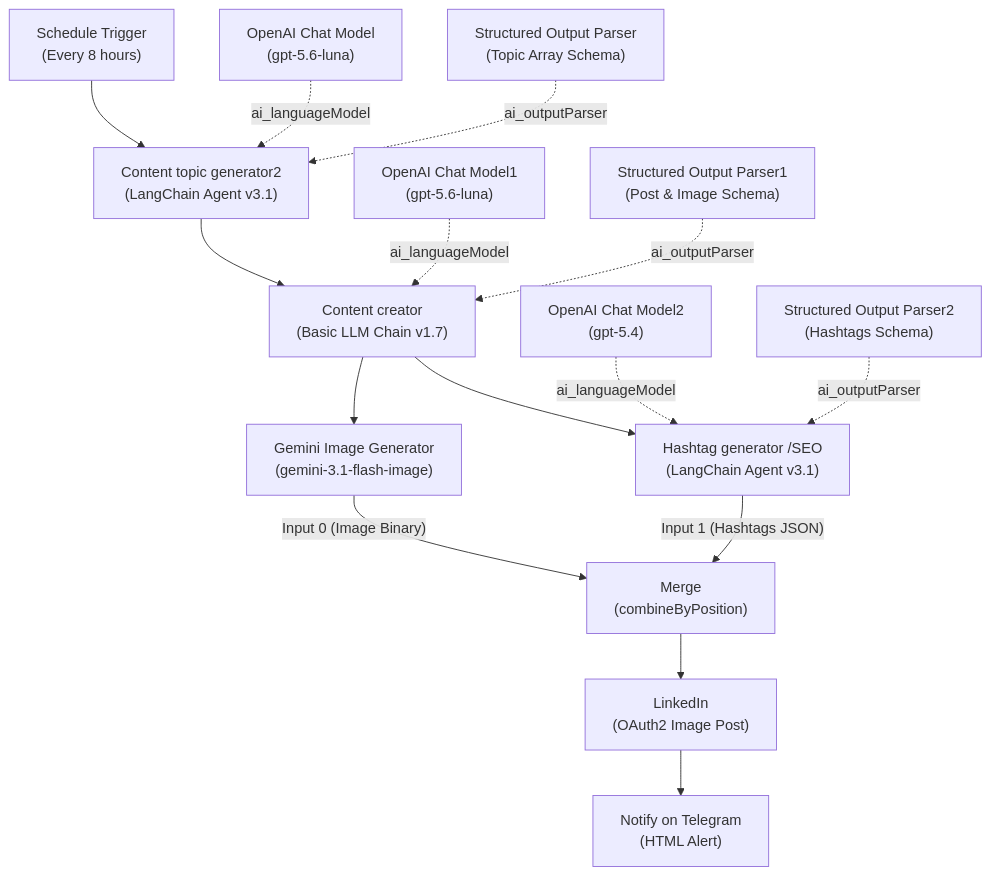
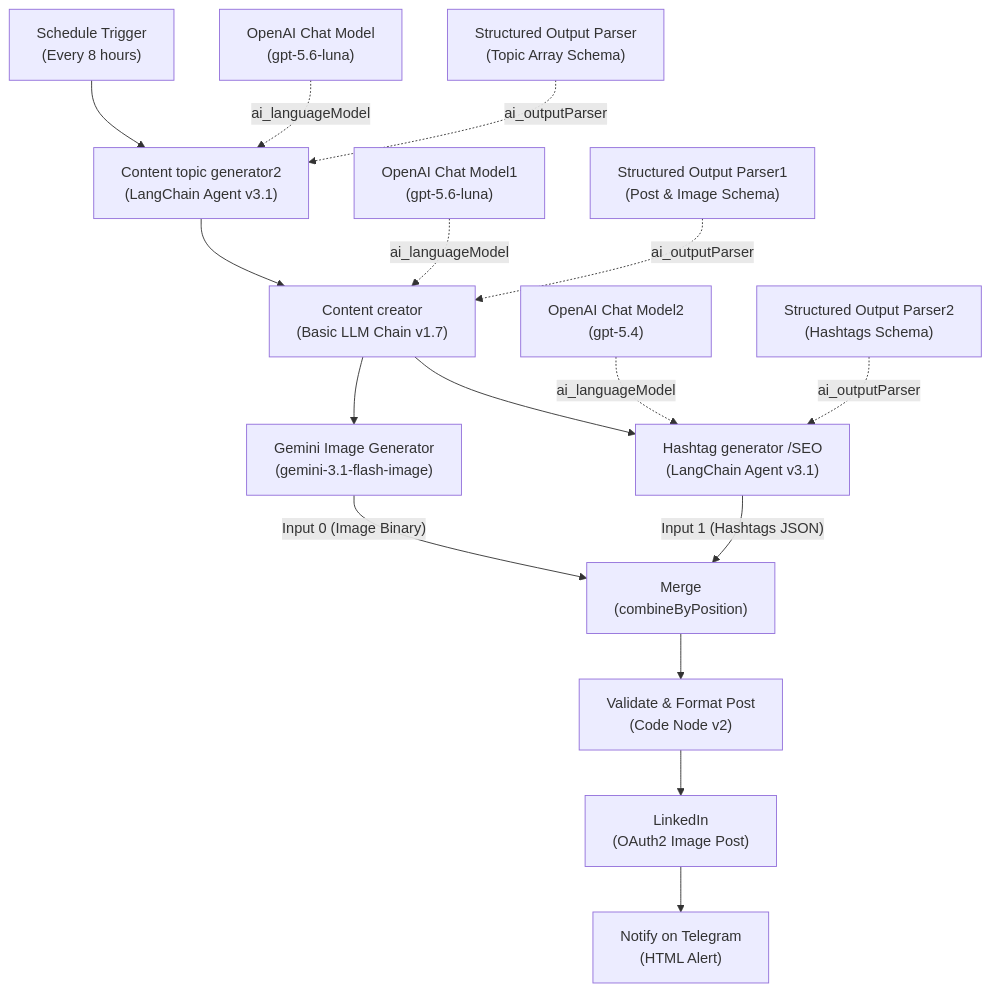
Before and after one commit to nijjukrr/AI-Powered-LinkedIn-Content-Automation: the diagram in README.md, drawn with Mermaid. The commit also changed other lines of this file and 4 other files, not shown here.

Commit message:
docs: update README, architecture, node docs, and interview guide

````diff
--- a/README.md
+++ b/README.md
@@ -120,26 +121,27 @@
 ```mermaid
 flowchart TB
     %% Main execution pipeline
     ST["Schedule Trigger<br/>(Every 8 hours)"] --> CTG["Content topic generator2<br/>(LangChain Agent v3.1)"]
     CTG --> CC["Content creator<br/>(Basic LLM Chain v1.7)"]
 
     %% Parallel branches after Content creator
     CC --> GIG["Gemini Image Generator<br/>(gemini-3.1-flash-image)"]
     CC --> HG["Hashtag generator /SEO<br/>(LangChain Agent v3.1)"]
 
-    %% Merge and Publish
+    %% Merge, Validate, and Publish
     GIG -->|"Input 0 (Image Binary)"| MRG["Merge<br/>(combineByPosition)"]
     HG -->|"Input 1 (Hashtags JSON)"| MRG
-    MRG --> LI["LinkedIn<br/>(OAuth2 Image Post)"]
+    MRG --> VAL["Validate &amp; Format Post<br/>(Code Node v2)"]
+    VAL --> LI["LinkedIn<br/>(OAuth2 Image Post)"]
     LI --> TG["Notify on Telegram<br/>(HTML Alert)"]
 
     %% Supporting AI Model & Parser Connections
     OAI0["OpenAI Chat Model<br/>(gpt-5.6-luna)"] -.->|"ai_languageModel"| CTG
     SOP0["Structured Output Parser<br/>(Topic Array Schema)"] -.->|"ai_outputParser"| CTG
 
     OAI1["OpenAI Chat Model1<br/>(gpt-5.6-luna)"] -.->|"ai_languageModel"| CC
     SOP1["Structured Output Parser1<br/>(Post & Image Schema)"] -.->|"ai_outputParser"| CC
 
     OAI2["OpenAI Chat Model2<br/>(gpt-5.4)"] -.->|"ai_languageModel"| HG
     SOP2["Structured Output Parser2<br/>(Hashtags Schema)"] -.->|"ai_outputParser"| HG
 ```
````
